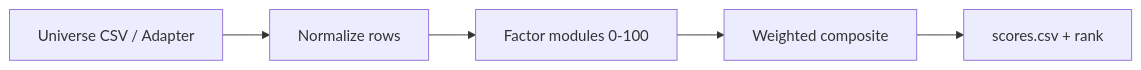
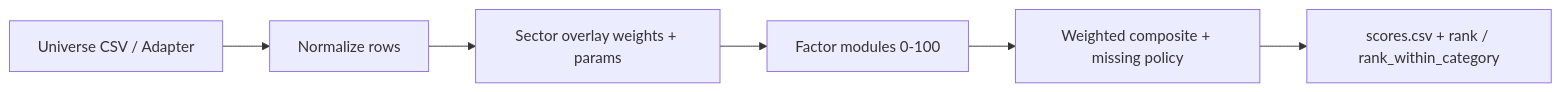
Before and after one commit to xuchendu-web/GGSDDU: the diagram in research/etf-fundamental-score/docs/SCORING.md, drawn with Mermaid. The commit also changed other lines of this file and 19 other files, not shown here.

````diff
--- a/research/etf-fundamental-score/docs/SCORING.md
+++ b/research/etf-fundamental-score/docs/SCORING.md
@@ -8,7 +10,8 @@
 ```mermaid
 flowchart LR
   A[Universe CSV / Adapter] --> B[Normalize rows]
-  B --> C[Factor modules 0-100]
-  C --> D[Weighted composite]
-  D --> E[scores.csv + rank]
+  B --> C[Sector overlay weights + params]
+  C --> D[Factor modules 0-100]
+  D --> E[Weighted composite + missing policy]
+  E --> F[scores.csv + rank / rank_within_category]
 ```
````
